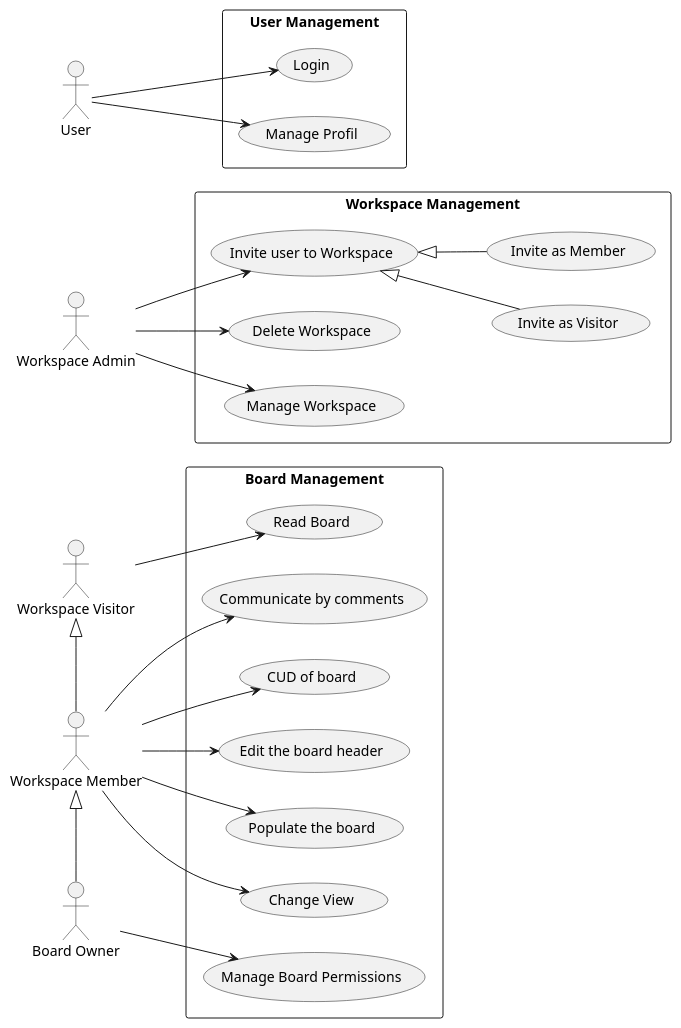
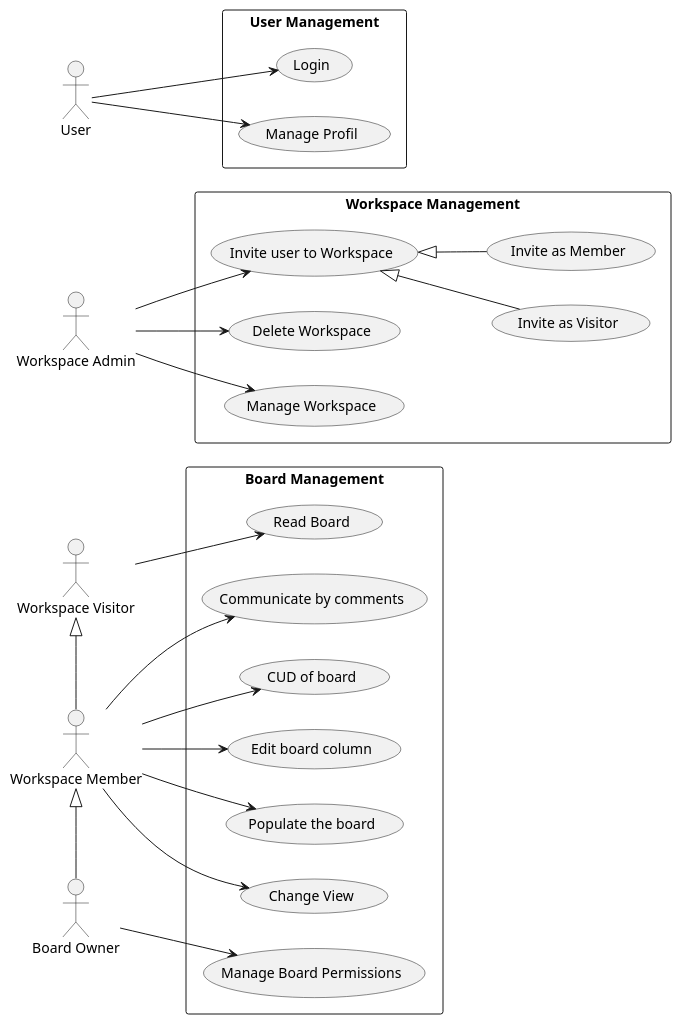
One commit to tirgue/TeamPoint changed the diagram in usecase.plantuml. Above: the diagram before and after it, drawn with PlantUML. The commit also changed 1 other file, not shown here.

Commit message:
Update usecase

```diff
--- a/usecase.plantuml
+++ b/usecase.plantuml
@@ -1,49 +1,49 @@
 @startuml
 left to right direction
 
 actor "Workspace Admin" as WorkspaceAdmin
 actor User
 actor "Workspace Member" as WorkspaceMember
 actor "Board Owner" as BoardOwner
 actor "Workspace Visitor" as WorkspaceVisitor
 
 rectangle "User Management" {
   usecase "Login" as UC112
   usecase "Manage Profil" as UC113
 }
 User --> UC112
 User --> UC113
 
 rectangle "Workspace Management" as Workspace_Management{
   usecase "Invite user to Workspace" as UC107
   usecase "Delete Workspace" as UC108
   usecase "Invite as Visitor" as UC114
   usecase "Invite as Member" as UC115
   usecase "Manage Workspace" as UC110
 }
 WorkspaceAdmin --> UC108
 WorkspaceAdmin --> UC107
 WorkspaceAdmin --> UC110
 UC107 <|-- UC114
 UC107 <|-- UC115
 
 rectangle "Board Management" as Boad_Management{
   usecase "CUD of board" as UC101
-  usecase "Edit the board header" as UC102
+  usecase "Edit board column" as UC102
   usecase "Populate the board" as UC103
   usecase "Change View" as UC104
   usecase "Communicate by comments" as UC105
   usecase "Manage Board Permissions" as UC106
   usecase "Read Board" as UC116
 }
 WorkspaceMember <|-right- BoardOwner
 WorkspaceVisitor <|-right- WorkspaceMember
 WorkspaceMember --> UC101
 WorkspaceMember --> UC103
 WorkspaceMember --> UC102
 WorkspaceMember --> UC104
 WorkspaceMember --> UC105
 BoardOwner --> UC106
 WorkspaceVisitor --> UC116
 
 @enduml
```
